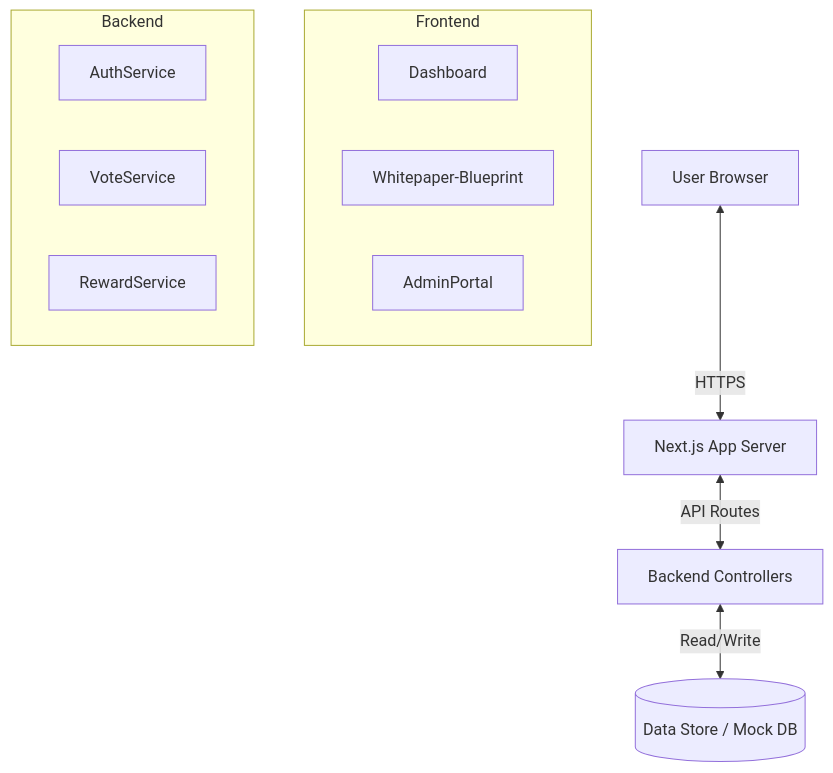
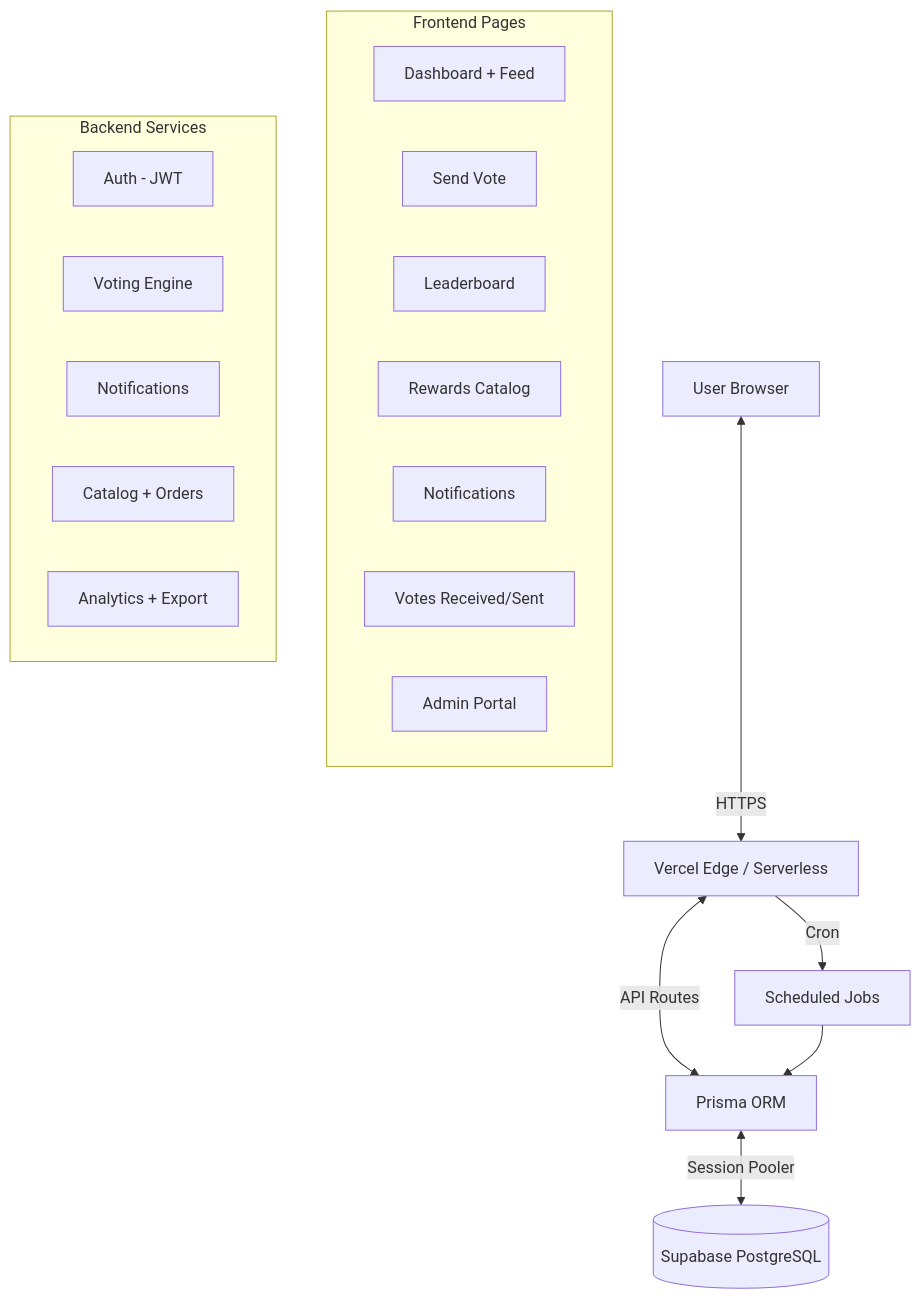
One commit to matt-dinh13/empulse changed the diagram in docs/SRS.md. Above: the diagram before and after it, drawn with Mermaid. The commit also changed other lines of this file and 5 other files, not shown here.

````diff
--- a/docs/SRS.md
+++ b/docs/SRS.md
@@ -17,18 +20,26 @@
 ```mermaid
 graph TD
-    User[User Browser] <-->|HTTPS| NextJS[Next.js App Server];
-    NextJS <-->|API Routes| Controllers[Backend Controllers];
-    Controllers <-->|Read/Write| DB[(Data Store / Mock DB)];
-    
-    subgraph Frontend
-        Dashboard
-        Whitepaper-Blueprint
-        AdminPortal
+    User[User Browser] <-->|HTTPS| Vercel[Vercel Edge / Serverless]
+    Vercel <-->|API Routes| Prisma[Prisma ORM]
+    Prisma <-->|Session Pooler| Supabase[(Supabase PostgreSQL)]
+    Vercel -->|Cron| CronJobs[Scheduled Jobs]
+    CronJobs --> Prisma
+
+    subgraph Frontend Pages
+        Dashboard[Dashboard + Feed]
+        SendVote[Send Vote]
+        Leaderboard[Leaderboard]
+        Catalog[Rewards Catalog]
+        Notifications[Notifications]
+        VoteHistory[Votes Received/Sent]
+        AdminPortal[Admin Portal]
     end
-    
-    subgraph Backend
-        AuthService
-        VoteService
-        RewardService
+
+    subgraph Backend Services
+        AuthService[Auth - JWT]
+        VoteService[Voting Engine]
+        NotificationService[Notifications]
+        RewardService[Catalog + Orders]
+        AnalyticsService[Analytics + Export]
     end
 ```
````
